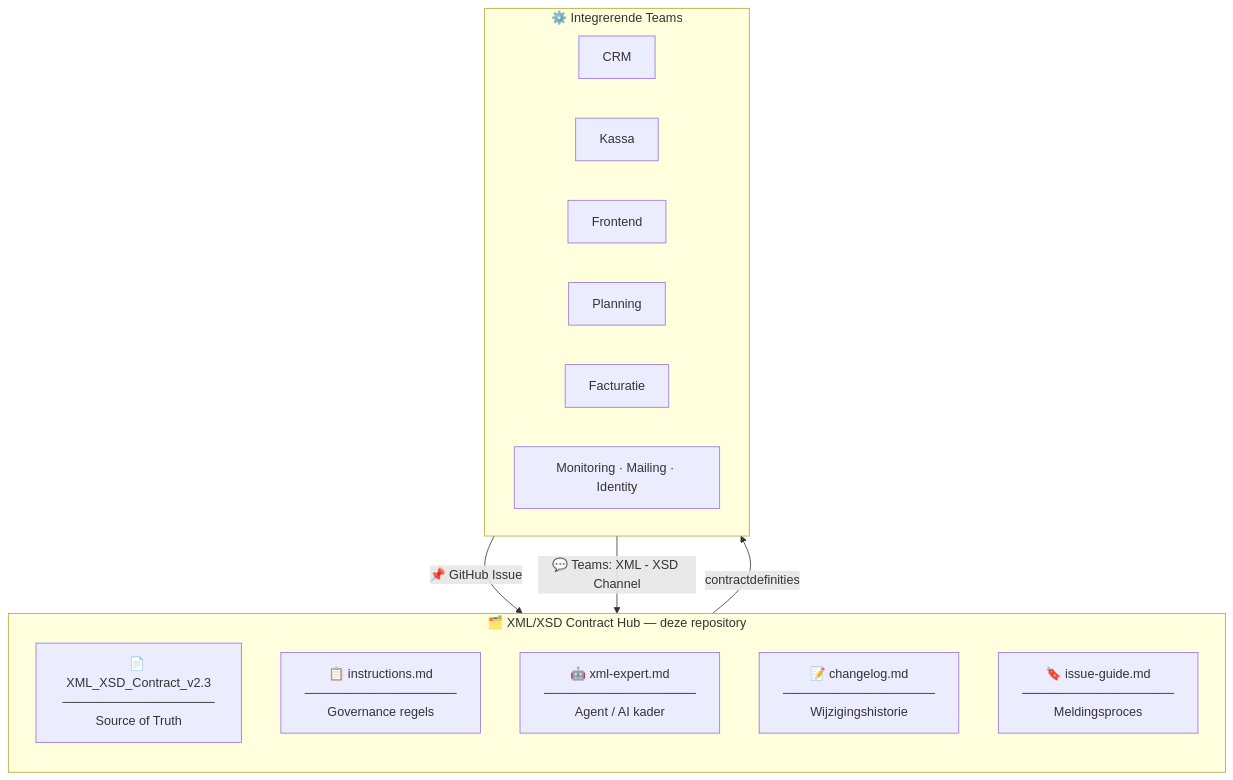
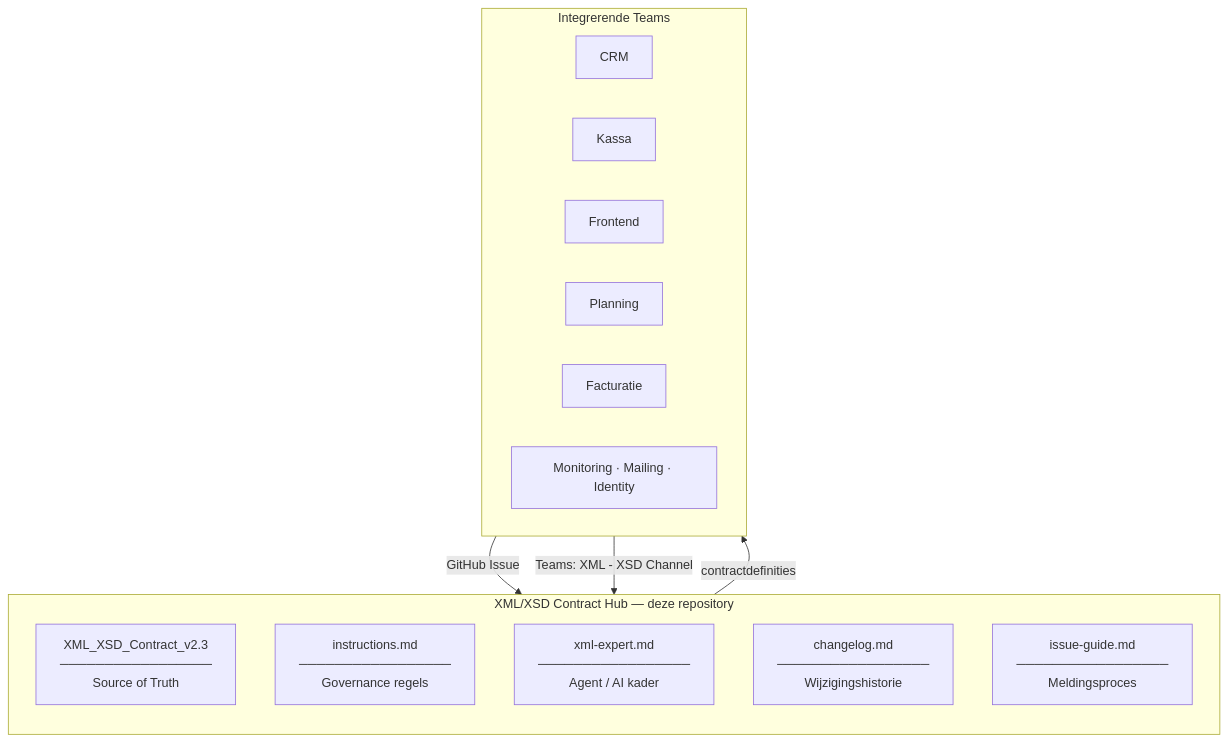
Before and after one commit to IntegrationProject-Groep1/xml-xsd-contract: the third of 5 diagrams in README.md, drawn with Mermaid. The commit also changed other lines of this file and 10 other files, not shown here.

````diff
--- a/README.md
+++ b/README.md
@@ -401,25 +363,25 @@
 ```mermaid
 flowchart TB
-    subgraph HUB["🗂️  XML/XSD Contract Hub  —  deze repository"]
+    subgraph HUB["XML/XSD Contract Hub — deze repository"]
         direction TB
-        CONTRACT["📄 XML_XSD_Contract_v2.3<br/>─────────────────<br/>Source of Truth"]
-        INSTRUCTIONS["📋 instructions.md<br/>─────────────────<br/>Governance regels"]
-        XMLEXPERT["🤖 xml-expert.md<br/>─────────────────<br/>Agent / AI kader"]
-        CHANGELOG["📝 changelog.md<br/>─────────────────<br/>Wijzigingshistorie"]
-        ISSUEGUIDE["🔖 issue-guide.md<br/>─────────────────<br/>Meldingsproces"]
+        CONTRACT["XML_XSD_Contract_v2.3<br/>─────────────────<br/>Source of Truth"]
+        INSTRUCTIONS["instructions.md<br/>─────────────────<br/>Governance regels"]
+        XMLEXPERT["xml-expert.md<br/>─────────────────<br/>Agent / AI kader"]
+        CHANGELOG["changelog.md<br/>─────────────────<br/>Wijzigingshistorie"]
+        ISSUEGUIDE["issue-guide.md<br/>─────────────────<br/>Meldingsproces"]
     end
 
-    subgraph INTTEAMS["⚙️  Integrerende Teams"]
+    subgraph INTTEAMS["Integrerende Teams"]
         direction LR
         CRM["CRM"]
         KASSA["Kassa"]
         FRONTEND["Frontend"]
         PLANNING["Planning"]
         FACTURATIE["Facturatie"]
         OTHER["Monitoring · Mailing · Identity"]
     end
 
     CONTRACT  -->|"contractdefinities"| INTTEAMS
-    INTTEAMS  -->|"📌 GitHub Issue"| ISSUEGUIDE
-    INTTEAMS  -->|"💬 Teams: XML - XSD Channel"| HUB
+    INTTEAMS  -->|"GitHub Issue"| ISSUEGUIDE
+    INTTEAMS  -->|"Teams: XML - XSD Channel"| HUB
 ```
````
